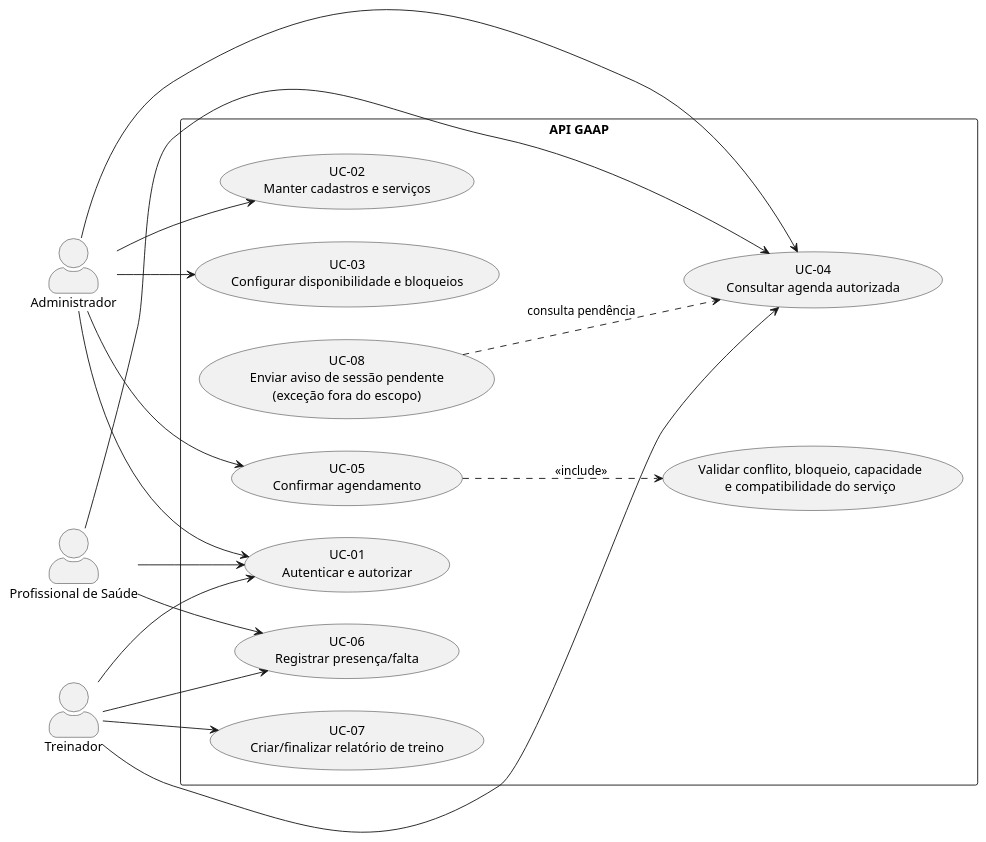
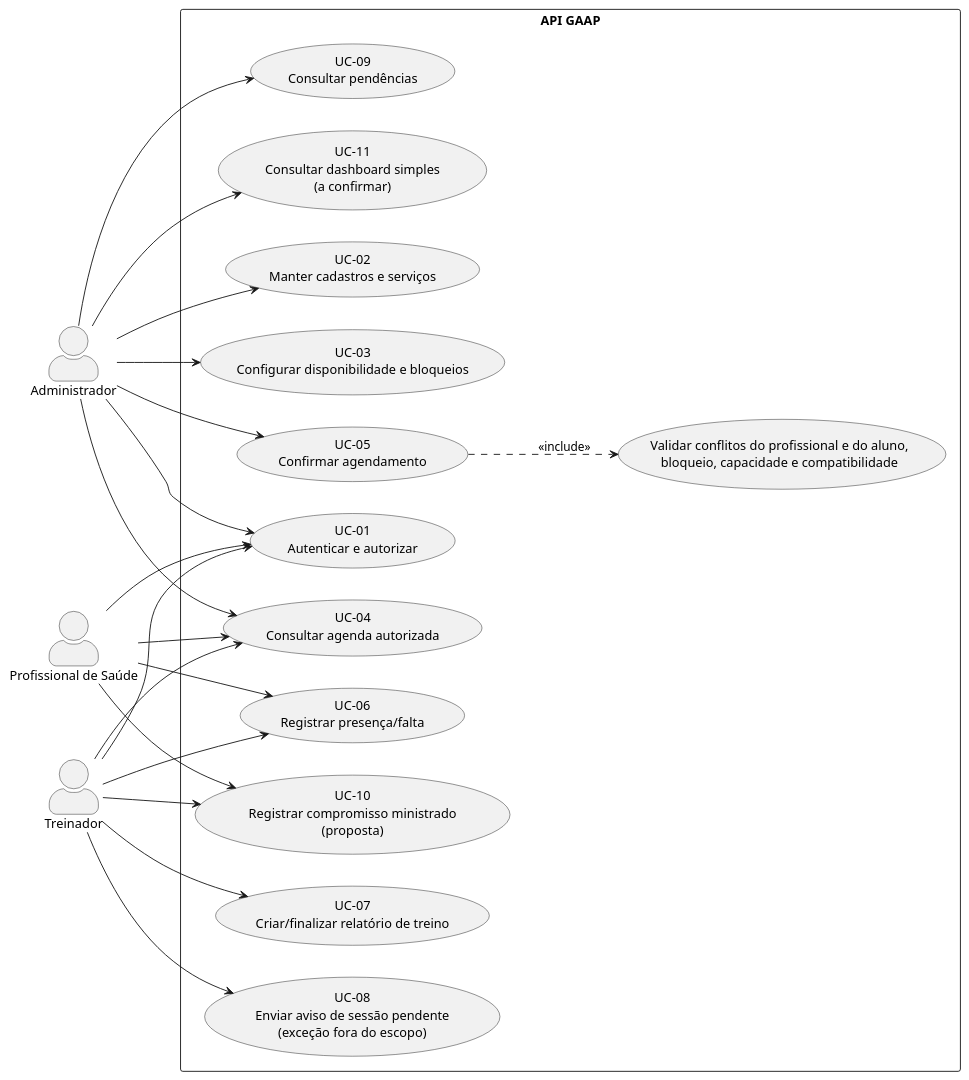
Before and after one commit to Projetos-de-Extensao/PECDII_26.2_8001_I: the diagram in docs/Elaboracao/casos_de_uso.md, drawn with PlantUML. The commit also changed other lines of this file and 22 other files, not shown here.

````diff
--- a/docs/Elaboracao/casos_de_uso.md
+++ b/docs/Elaboracao/casos_de_uso.md
@@ -32,37 +35,44 @@
 ```plantuml
 @startuml gaap_casos_de_uso
 left to right direction
 skinparam actorStyle awesome
 
 actor Administrador as Admin
 actor Treinador as Trainer
 actor "Profissional de Saúde" as Health
 
 rectangle "API GAAP" {
   usecase "UC-01\nAutenticar e autorizar" as UC01
   usecase "UC-02\nManter cadastros e serviços" as UC02
   usecase "UC-03\nConfigurar disponibilidade e bloqueios" as UC03
   usecase "UC-04\nConsultar agenda autorizada" as UC04
   usecase "UC-05\nConfirmar agendamento" as UC05
-  usecase "Validar conflito, bloqueio, capacidade\ne compatibilidade do serviço" as VALID
+  usecase "Validar conflitos do profissional e do aluno,\nbloqueio, capacidade e compatibilidade" as VALID
   usecase "UC-06\nRegistrar presença/falta" as UC06
   usecase "UC-07\nCriar/finalizar relatório de treino" as UC07
   usecase "UC-08\nEnviar aviso de sessão pendente\n(exceção fora do escopo)" as UC08
+  usecase "UC-09\nConsultar pendências" as UC09
+  usecase "UC-10\nRegistrar compromisso ministrado\n(proposta)" as UC10
+  usecase "UC-11\nConsultar dashboard simples\n(a confirmar)" as UC11
 }
 
 Admin --> UC01
 Admin --> UC02
 Admin --> UC03
 Admin --> UC04
 Admin --> UC05
+Admin --> UC09
+Admin --> UC11
 Trainer --> UC01
 Trainer --> UC04
 Trainer --> UC06
 Trainer --> UC07
+Trainer --> UC10
+Trainer --> UC08
 Health --> UC01
 Health --> UC04
 Health --> UC06
+Health --> UC10
 UC05 ..> VALID : <<include>>
-UC08 ..> UC04 : consulta pendência
 @enduml
 ```
````
